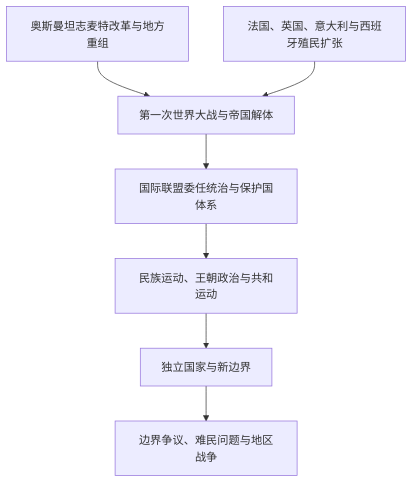
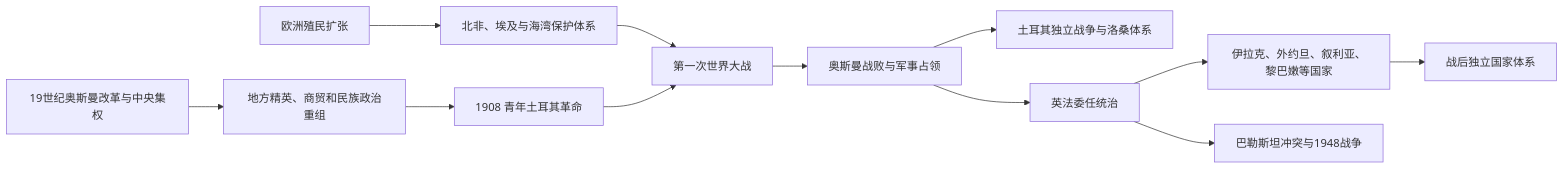
The diagram in 人文科学/历史/西亚/_通史/奥斯曼解体、殖民委任统治与现代国家.md (tianlan-dev/learning-notes), drawn with Mermaid before and after one commit. The commit also changed other lines of this file and 1417 other files, not shown here.

````diff
--- a/人文科学/历史/西亚/_通史/奥斯曼解体、殖民委任统治与现代国家.md
+++ b/人文科学/历史/西亚/_通史/奥斯曼解体、殖民委任统治与现代国家.md
@@ -17,9 +16,14 @@
 ```mermaid
-flowchart TD
-    Reform["奥斯曼坦志麦特改革与地方重组"] --> War["第一次世界大战与帝国解体"]
-    Colonial["法国、英国、意大利与西班牙殖民扩张"] --> War
-    War --> Mandates["国际联盟委任统治与保护国体系"]
-    Mandates --> Movements["民族运动、王朝政治与共和运动"]
-    Movements --> Independence["独立国家与新边界"]
-    Independence --> Conflicts["边界争议、难民问题与地区战争"]
+flowchart LR
+    A["19世纪奥斯曼改革与中央集权"] --> B["地方精英、商贸和民族政治重组"]
+    C["欧洲殖民扩张"] --> D["北非、埃及与海湾保护体系"]
+    B --> E["1908 青年土耳其革命"]
+    D --> F["第一次世界大战"]
+    E --> F
+    F --> G["奥斯曼战败与军事占领"]
+    G --> H["土耳其独立战争与洛桑体系"]
+    G --> I["英法委任统治"]
+    I --> J["伊拉克、外约旦、叙利亚、黎巴嫩等国家"]
+    I --> K["巴勒斯坦冲突与1948战争"]
+    J --> L["战后独立国家体系"]
 ```
````
